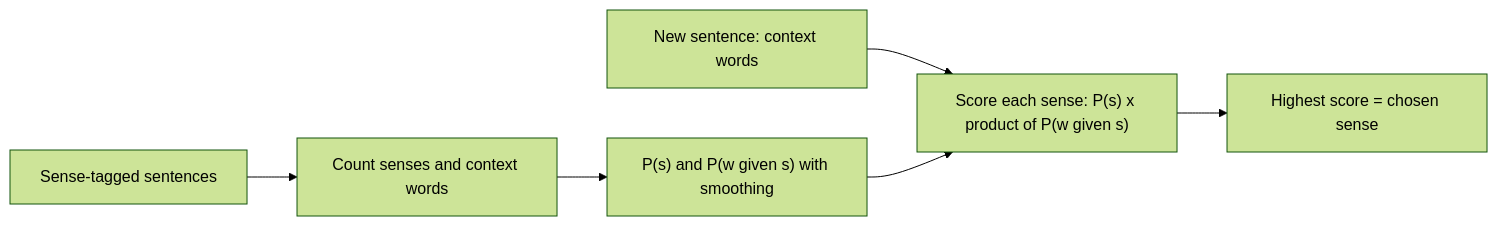
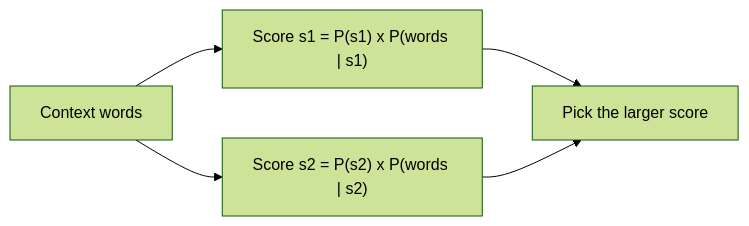
The diagram in content/natural-language-processing/pyq/2025-05-ce/q3a.mdx (TrendySloth1001/sem-seven-notes), drawn with Mermaid (forest theme) before and after one commit. The commit also changed other lines of this file and 406 other files, not shown here.

````diff
--- a/content/natural-language-processing/pyq/2025-05-ce/q3a.mdx
+++ b/content/natural-language-processing/pyq/2025-05-ce/q3a.mdx
@@ -22,9 +55,8 @@
 ```mermaid
-%% caption: Naive Bayes WSD. Training only counts; testing multiplies the prior by the likelihood of each context word.
+%% caption: Naive Bayes WSD: multiply the sense probability by the probability of each context word, for every sense.
 flowchart LR
-  A["Sense-tagged sentences"] --> B["Count senses and context words"]
-  B --> C["P(s) and P(w given s) with smoothing"]
-  D["New sentence: context words"] --> E["Score each sense: P(s) x product of P(w given s)"]
-  C --> E
-  E --> F["Highest score = chosen sense"]
+  A["Context words"] --> B["Score s1 = P(s1) x P(words | s1)"]
+  A --> C["Score s2 = P(s2) x P(words | s2)"]
+  B --> D["Pick the larger score"]
+  C --> D
 ```
````
